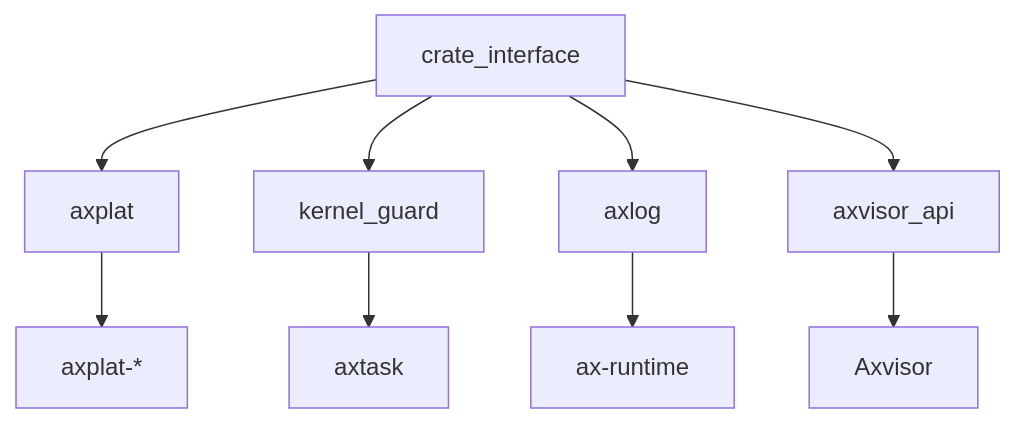
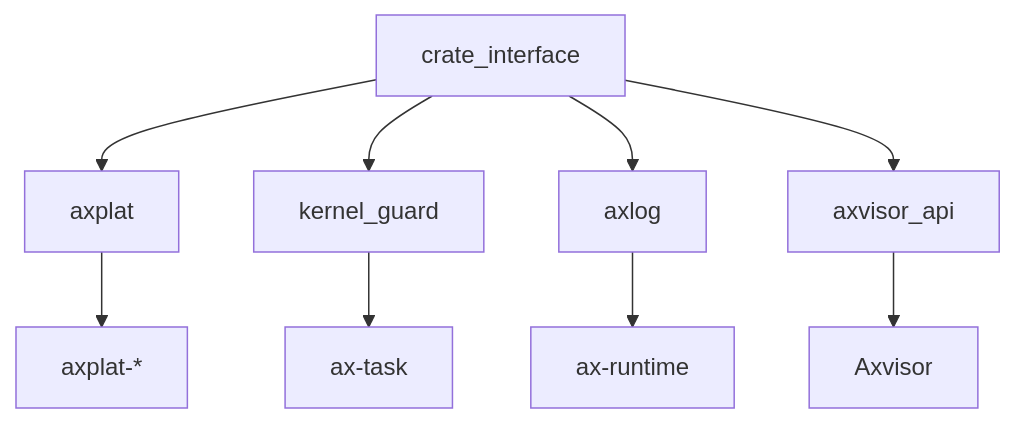
The second of 2 diagrams in docs/crates/crate_interface.md (zKurisu/tgoskits), drawn with Mermaid before and after one commit. The commit also changed other lines of this file and 133 other files, not shown here.

Commit message:
rename axtask to ax-task

````diff
--- a/docs/crates/crate_interface.md
+++ b/docs/crates/crate_interface.md
@@ -163,12 +163,12 @@
 ```mermaid
 graph TD
     A[crate_interface]
     A --> B[axplat]
     A --> C[kernel_guard]
     A --> D[axlog]
     A --> E[axvisor_api]
     B --> F[axplat-*]
     D --> G[ax-runtime]
-    C --> H[axtask]
+    C --> H[ax-task]
     E --> I[Axvisor]
 ```
````
